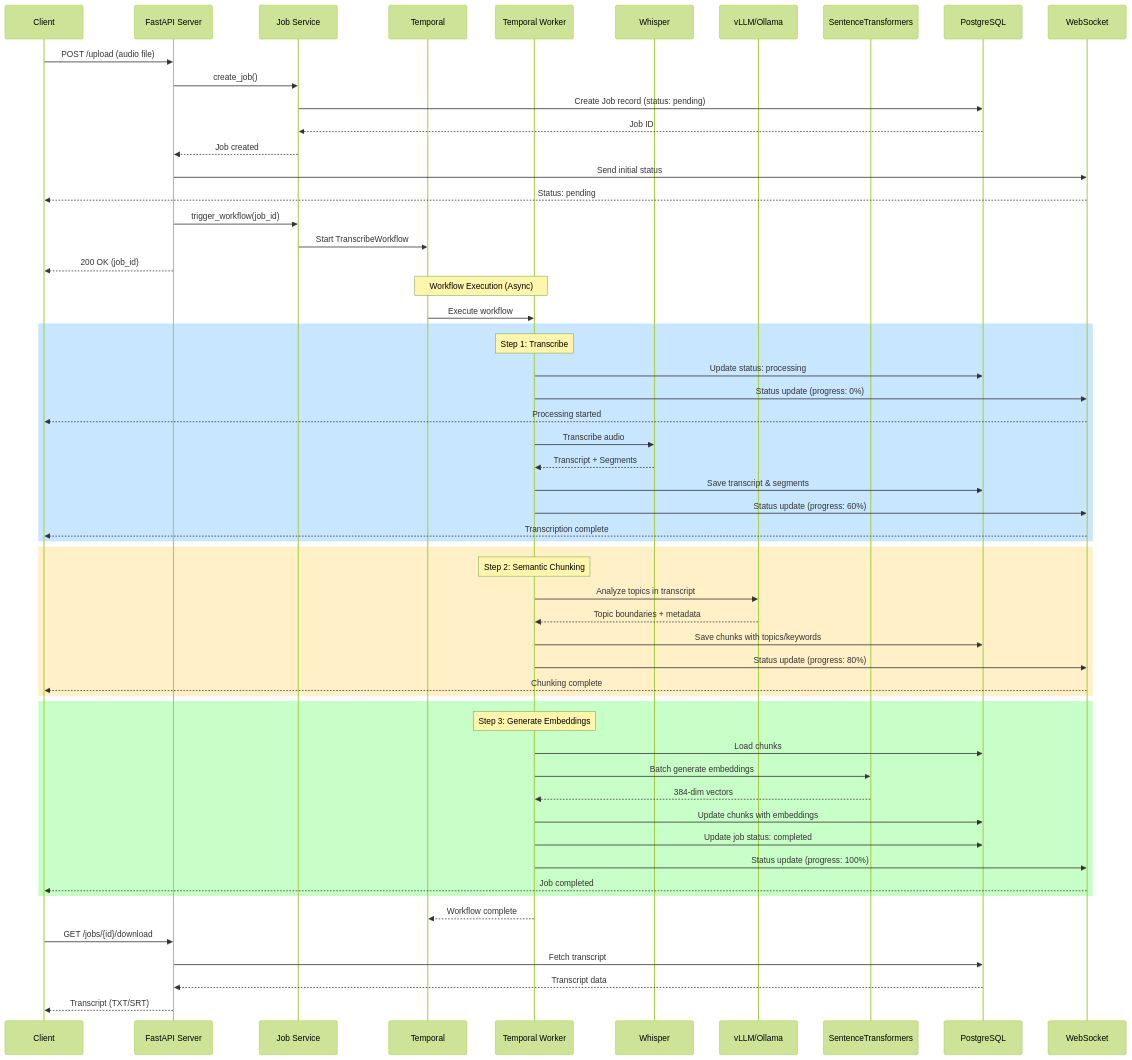
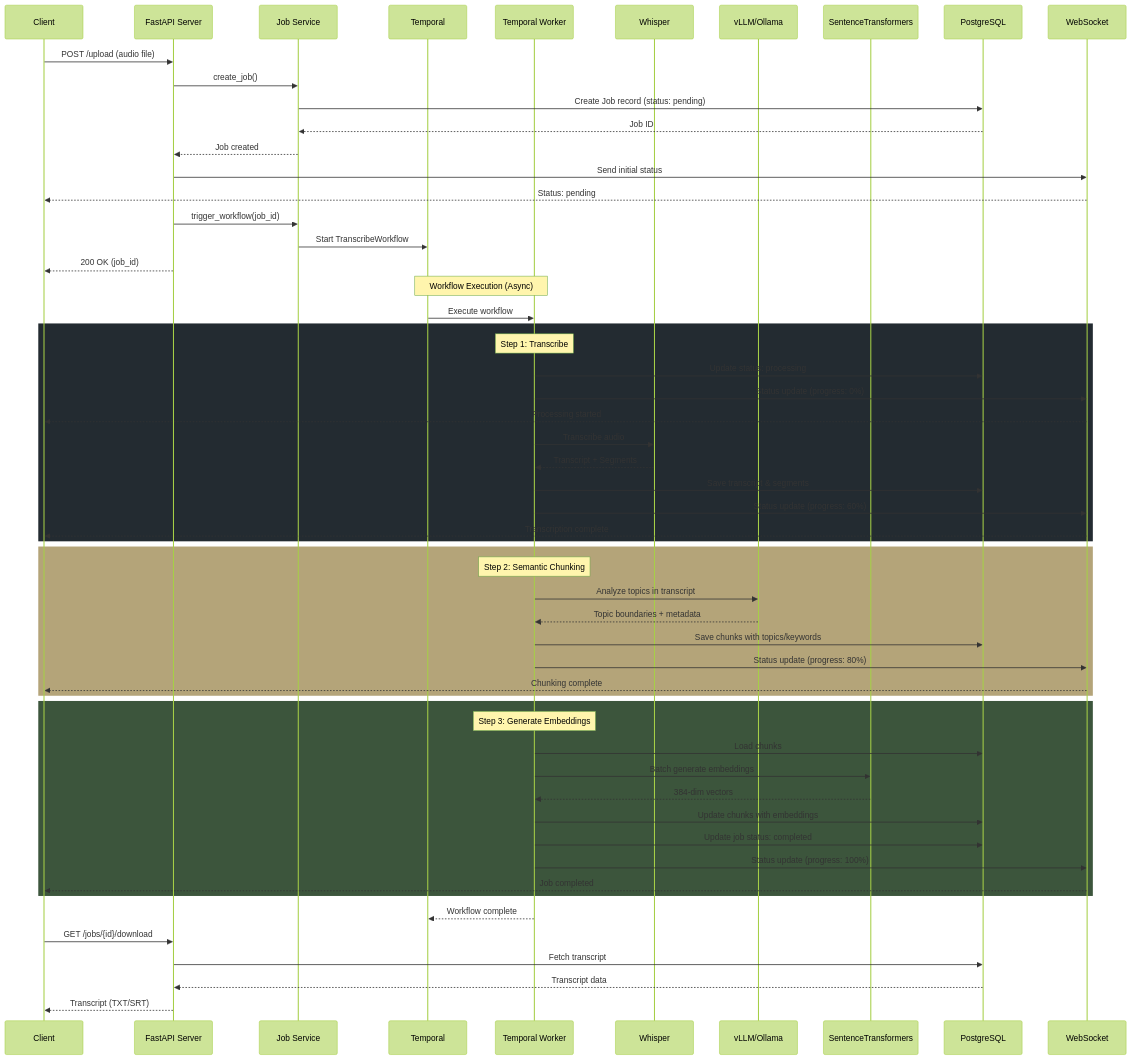
Before and after one commit to geosp/mxwhisper: the second of 3 diagrams in README.md, drawn with Mermaid (forest theme).

````diff
--- a/README.md
+++ b/README.md
@@ -135,68 +135,68 @@
 ```mermaid
 sequenceDiagram
     participant Client
     participant API as FastAPI Server
     participant JobSvc as Job Service
     participant Temporal
     participant Worker as Temporal Worker
     participant Whisper
     participant LLM as vLLM/Ollama
     participant STrans as SentenceTransformers
     participant DB as PostgreSQL
     participant WS as WebSocket
 
     Client->>API: POST /upload (audio file)
     API->>JobSvc: create_job()
     JobSvc->>DB: Create Job record (status: pending)
     DB-->>JobSvc: Job ID
     JobSvc-->>API: Job created
     API->>WS: Send initial status
     WS-->>Client: Status: pending
 
     API->>JobSvc: trigger_workflow(job_id)
     JobSvc->>Temporal: Start TranscribeWorkflow
     API-->>Client: 200 OK (job_id)
 
     Note over Temporal,Worker: Workflow Execution (Async)
 
     Temporal->>Worker: Execute workflow
 
-    rect rgb(200, 230, 255)
+    rect rgba(35, 43, 49, 1)
         Note over Worker: Step 1: Transcribe
         Worker->>DB: Update status: processing
         Worker->>WS: Status update (progress: 0%)
         WS-->>Client: Processing started
         Worker->>Whisper: Transcribe audio
         Whisper-->>Worker: Transcript + Segments
         Worker->>DB: Save transcript & segments
         Worker->>WS: Status update (progress: 60%)
         WS-->>Client: Transcription complete
     end
 
-    rect rgb(255, 240, 200)
+    rect rgba(180, 164, 121, 1)
         Note over Worker: Step 2: Semantic Chunking
         Worker->>LLM: Analyze topics in transcript
         LLM-->>Worker: Topic boundaries + metadata
         Worker->>DB: Save chunks with topics/keywords
         Worker->>WS: Status update (progress: 80%)
         WS-->>Client: Chunking complete
     end
 
-    rect rgb(200, 255, 200)
+    rect rgba(60, 85, 60, 1)
         Note over Worker: Step 3: Generate Embeddings
         Worker->>DB: Load chunks
         Worker->>STrans: Batch generate embeddings
         STrans-->>Worker: 384-dim vectors
         Worker->>DB: Update chunks with embeddings
         Worker->>DB: Update job status: completed
         Worker->>WS: Status update (progress: 100%)
         WS-->>Client: Job completed
     end
 
     Worker-->>Temporal: Workflow complete
 
     Client->>API: GET /jobs/{id}/download
     API->>DB: Fetch transcript
     DB-->>API: Transcript data
     API-->>Client: Transcript (TXT/SRT)
 ```
````
